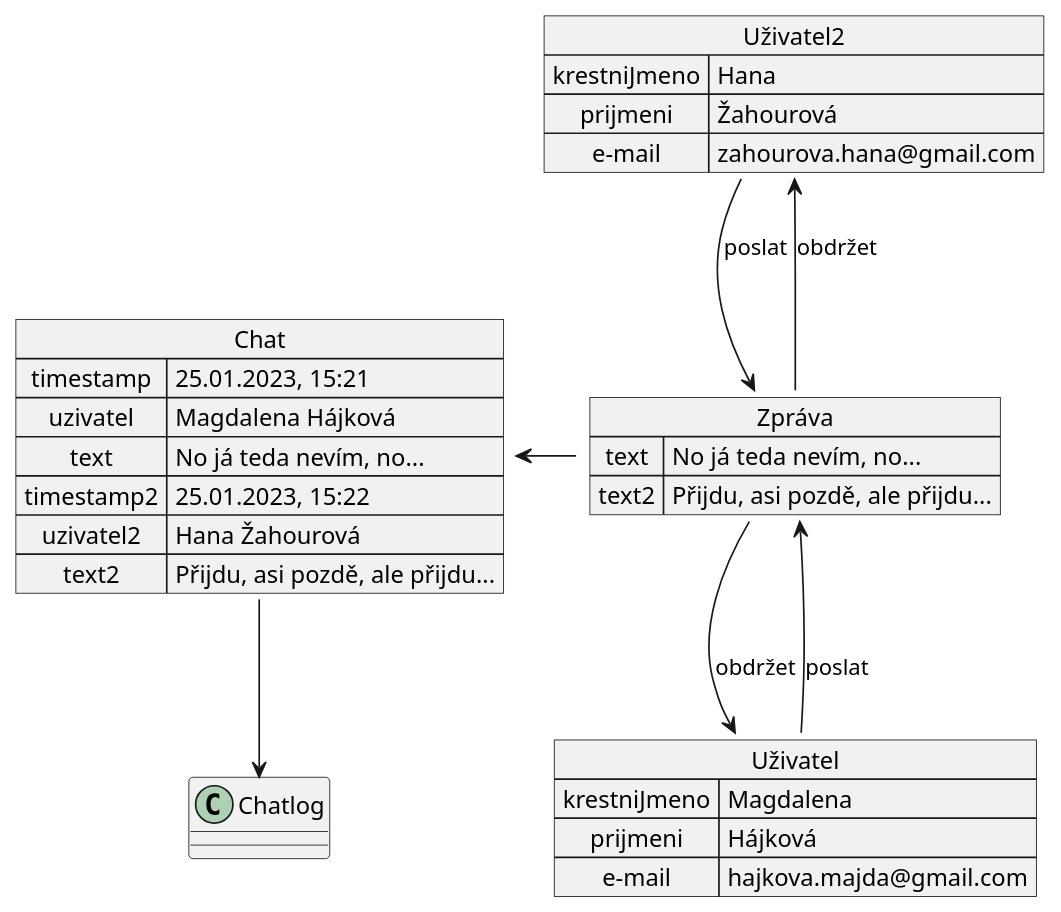
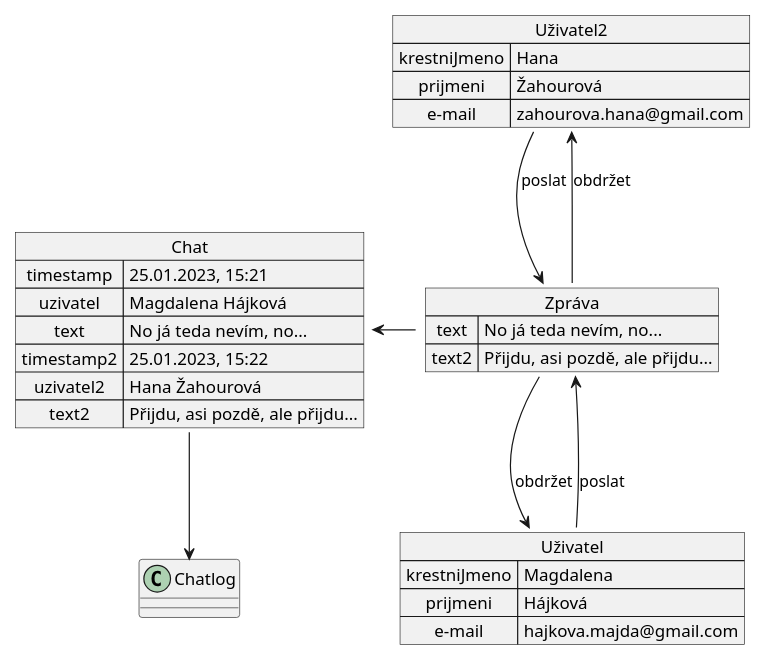
One commit to david19au/smudlove-tymova-prace changed the fourth of 5 diagrams in README.md. Above: the diagram before and after it, drawn with PlantUML. The commit also changed other lines of this file, not shown here.

Commit message:
UML diagram - component (chatLog)

````diff
--- a/README.md
+++ b/README.md
@@ -483,38 +480,38 @@
 ```plantuml
-scale 700 width
+scale 500 width
 map Uživatel {
-krestniJmeno => Magdalena
-prijmeni => Hájková
-e-mail => hajkova.majda@gmail.com
+  krestniJmeno => Magdalena
+  prijmeni => Hájková
+  e-mail => hajkova.majda@gmail.com
 }
 
 map Uživatel2{
-krestniJmeno => Hana
-prijmeni => Žahourová
-e-mail => zahourova.hana@gmail.com
+  krestniJmeno => Hana
+  prijmeni => Žahourová
+  e-mail => zahourova.hana@gmail.com
 }
 
 map Zpráva {
-text => No já teda nevím, no...
-text2 => Přijdu, asi pozdě, ale přijdu...
+  text => No já teda nevím, no...
+  text2 => Přijdu, asi pozdě, ale přijdu...
 }
 
 map Chat {
-timestamp => 25.01.2023, 15:21
-uzivatel => Magdalena Hájková
-text => No já teda nevím, no...
-timestamp2 => 25.01.2023, 15:22
-uzivatel2 => Hana Žahourová
-text2 => Přijdu, asi pozdě, ale přijdu...
+  timestamp => 25.01.2023, 15:21
+  uzivatel => Magdalena Hájková
+  text => No já teda nevím, no...
+  timestamp2 => 25.01.2023, 15:22
+  uzivatel2 => Hana Žahourová
+  text2 => Přijdu, asi pozdě, ale přijdu...
 }
 
 class Chatlog
 
 Uživatel2 --> Zpráva :poslat
 Uživatel2 <-- Zpráva :obdržet
 Zpráva --> Uživatel :obdržet 
 Uživatel --> Zpráva :poslat
 Chat <- Zpráva
 Chat --> Chatlog
 
 ```
````
